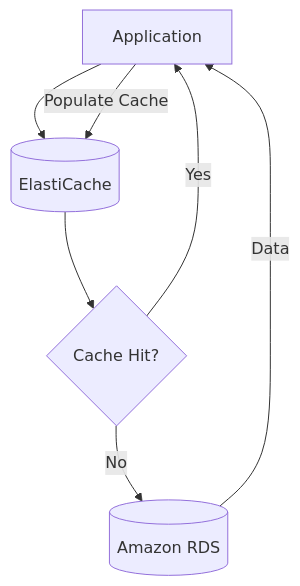
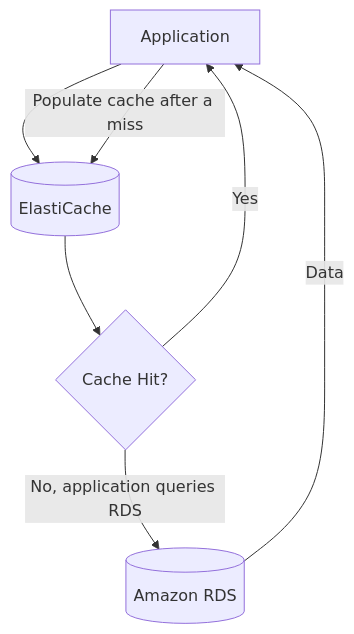
The fourth of 6 diagrams in 06-RDSandAurora.md (RafaS92/AWS-developer-associate-study), drawn with Mermaid before and after one commit. The commit also changed other lines of this file, not shown here.

Commit message:
Summary RDS

````diff
--- a/06-RDSandAurora.md
+++ b/06-RDSandAurora.md
@@ -862,14 +181,14 @@
 ```mermaid
 flowchart TD
     A[Application]
     C[(ElastiCache)]
     D[(Amazon RDS)]
     Q{Cache Hit?}
 
     A --> C
     C --> Q
     Q -->|Yes| A
-    Q -->|No| D
+    Q -->|No, application queries RDS| D
     D -->|Data| A
-    A -->|Populate Cache| C
+    A -->|Populate cache after a miss| C
 ```
````
